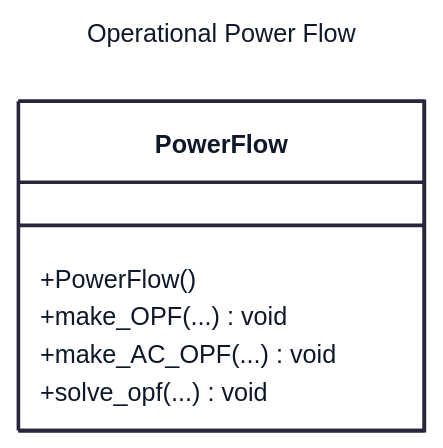
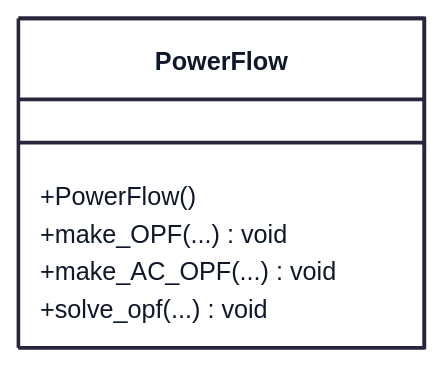
Before and after one commit to yiquintero/tmp: the eighth of 9 diagrams in class_diagram.md, drawn with Mermaid. The commit also changed other lines of this file, not shown here.

Commit message:
Add Stability Estimate section to class diagram

````diff
--- a/class_diagram.md
+++ b/class_diagram.md
@@ -330,21 +330,20 @@
 ```mermaid
 ---
-title: Operational Power Flow
 config:
   theme: redux-color
   themeVariables:
     fontFamily: Segoe UI, -apple-system, BlinkMacSystemFont, sans-serif
     lineColor: "#64748B"
     primaryTextColor: "#0F172A"
   class:
     hideEmptyMembersBox: true
 ---
 classDiagram
   
   class PowerFlow {
     +PowerFlow()
     +make_OPF(...) void
     +make_AC_OPF(...) void
     +solve_opf(...) void
   }
 ```
````
